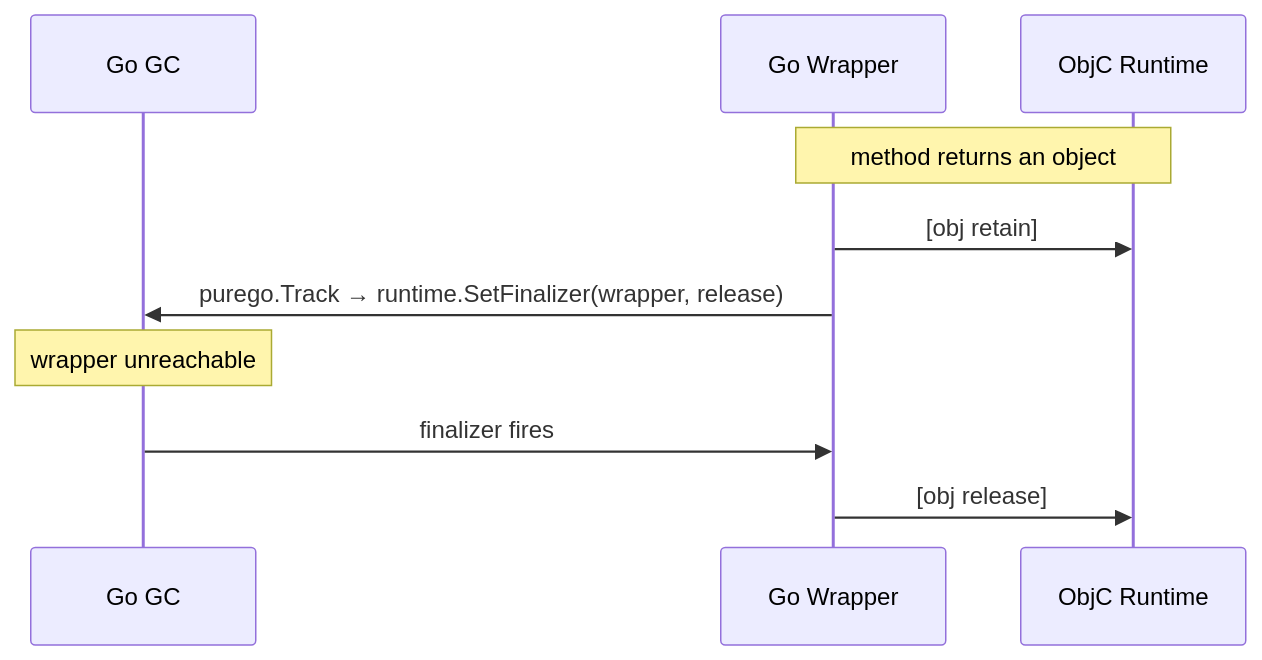
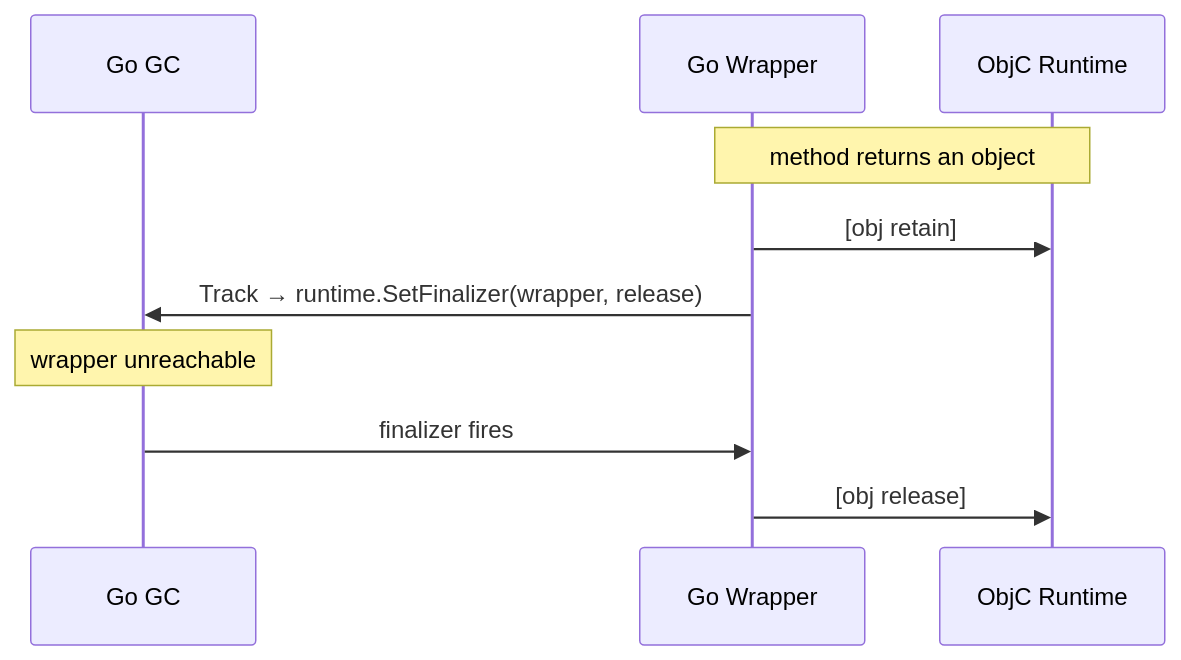
The second of 3 diagrams in README.md (deploymenttheory/go-bindings-macosplatform), drawn with Mermaid before and after one commit. The commit also changed other lines of this file and 25494 other files, not shown here.

````diff
--- a/README.md
+++ b/README.md
@@ -256,14 +245,14 @@
 ```mermaid
 sequenceDiagram
     participant Go as Go GC
     participant W as Go Wrapper
     participant ObjC as ObjC Runtime
 
     Note over W,ObjC: method returns an object
     W->>ObjC: [obj retain]
-    W->>Go: purego.Track → runtime.SetFinalizer(wrapper, release)
+    W->>Go: Track → runtime.SetFinalizer(wrapper, release)
 
     Note over Go: wrapper unreachable
     Go->>W: finalizer fires
     W->>ObjC: [obj release]
 ```
````
